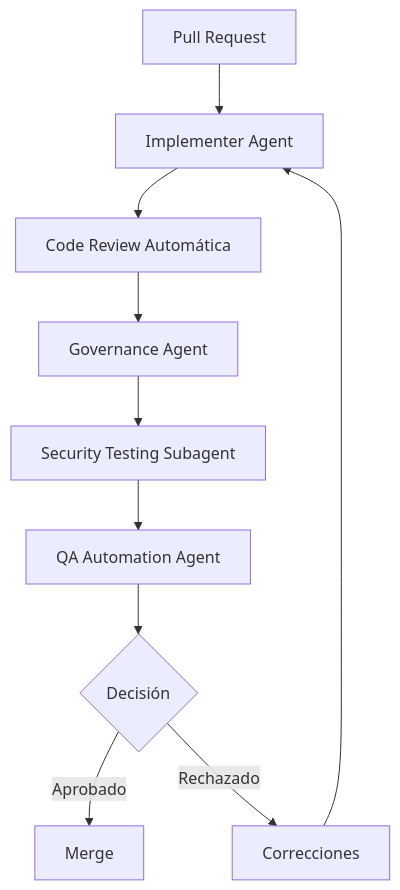
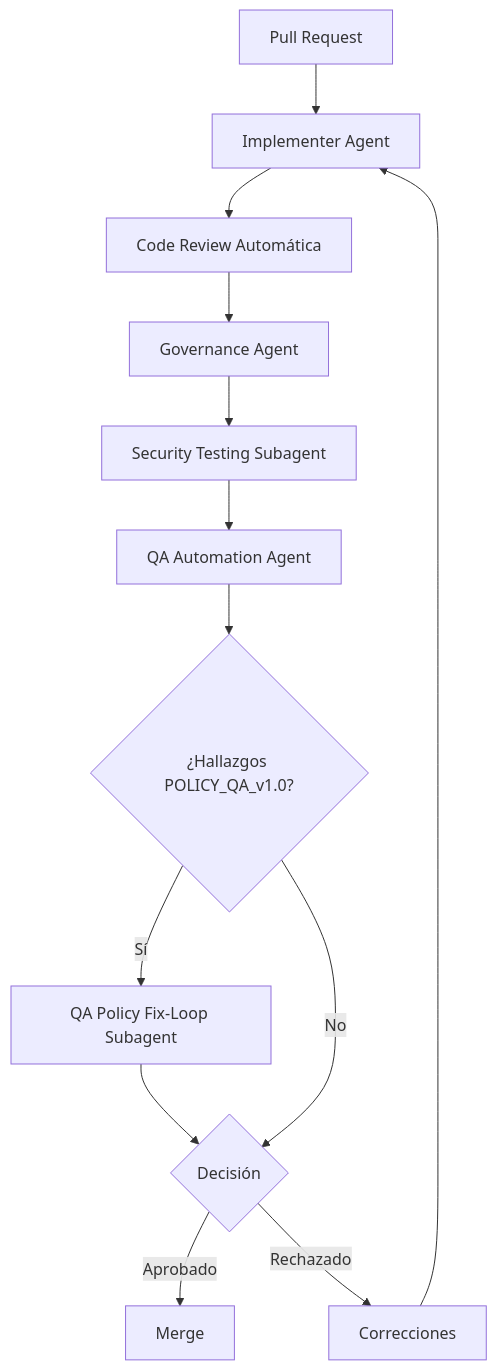
The diagram in workflows/apb-wf-code-review-v1.0.md (apb-dmartin/APB-IA-FRAMEWORK), drawn with Mermaid before and after one commit. The commit also changed other lines of this file and 11 other files, not shown here.

First line of the commit message:
WIP: checkpoint antes de fusionar origin/main (code-reviewer/qa-auto, SCHEMA, docs/handover)

````diff
--- a/workflows/apb-wf-code-review-v1.0.md
+++ b/workflows/apb-wf-code-review-v1.0.md
@@ -31,12 +31,15 @@
 ```mermaid
 graph TD
     A[Pull Request] --> B[Implementer Agent]
     B --> C[Code Review Automática]
     C --> D[Governance Agent]
     D --> E[Security Testing Subagent]
     E --> F[QA Automation Agent]
-    F --> G{Decisión}
+    F --> P{¿Hallazgos POLICY_QA_v1.0?}
+    P -->|Sí| Q[QA Policy Fix-Loop Subagent]
+    Q --> G
+    P -->|No| G{Decisión}
     G -->|Aprobado| H[Merge]
     G -->|Rechazado| I[Correcciones]
     I --> B
 ```
````
